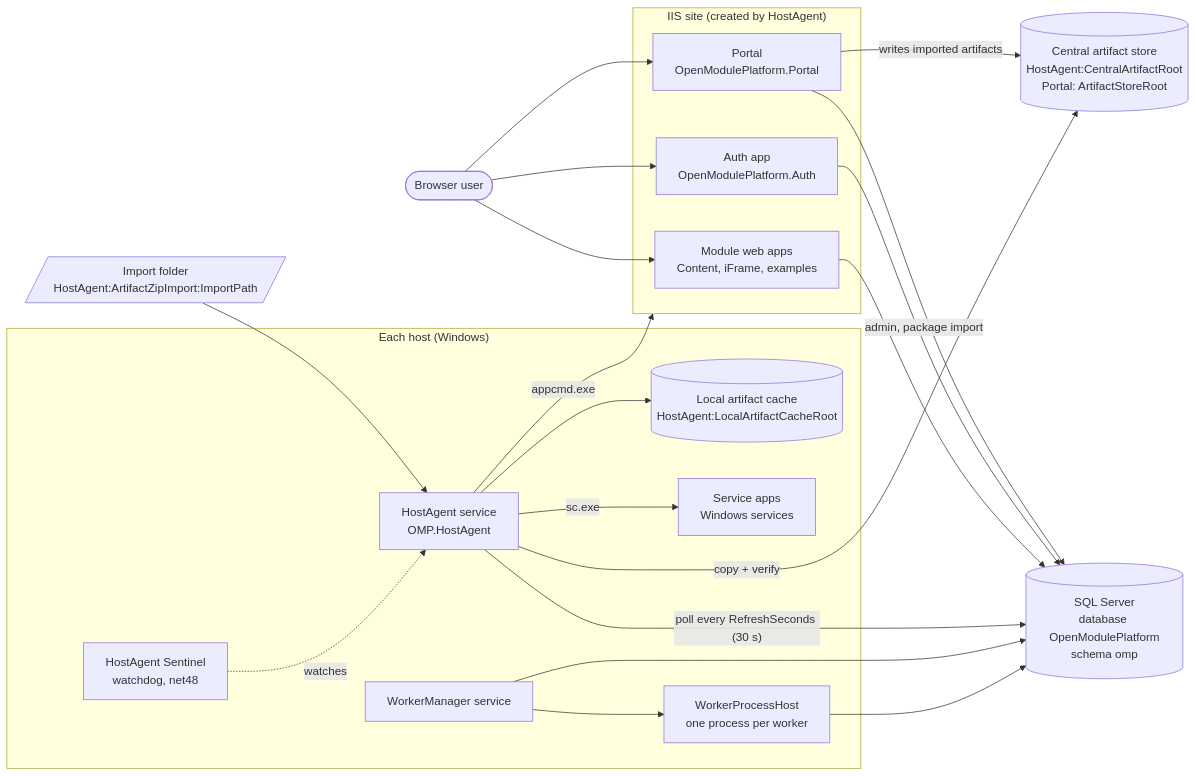
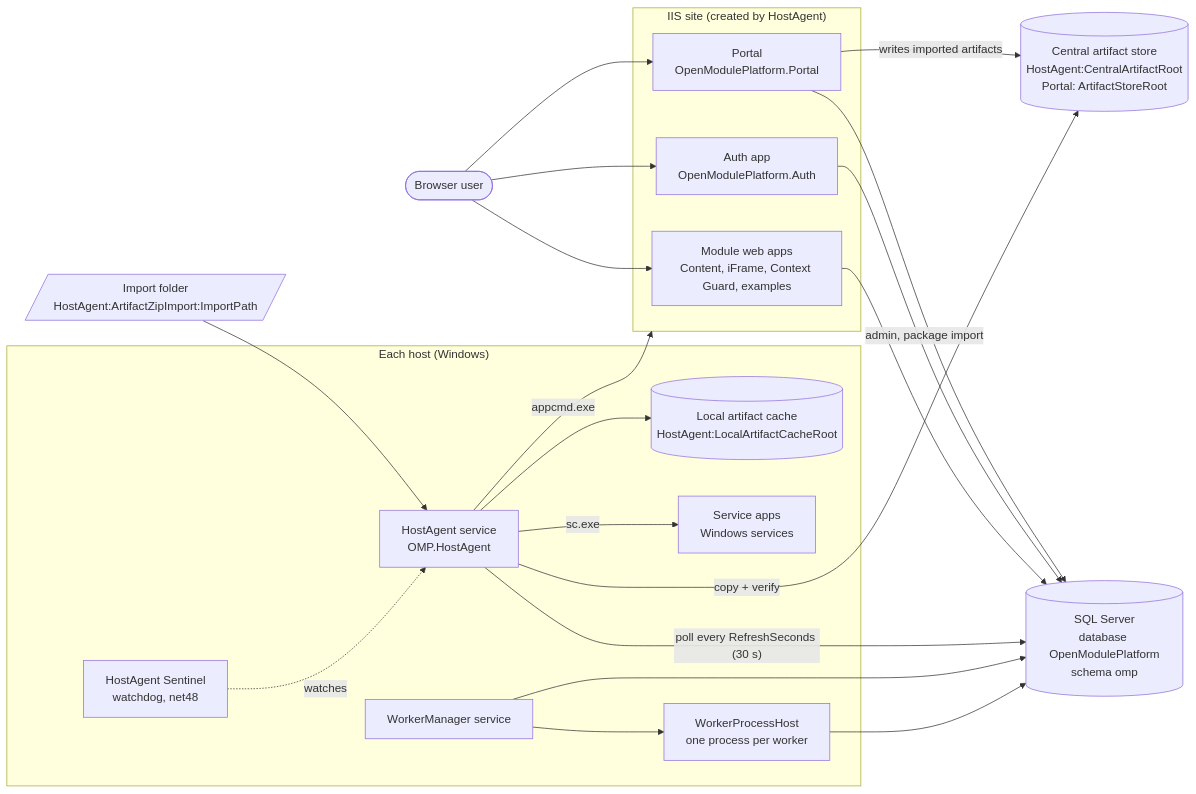
Before and after one commit to Optimal2/OpenModulePlatform: the first of 3 diagrams in README.md, drawn with Mermaid. The commit also changed other lines of this file and 37 other files, not shown here.

````diff
--- a/README.md
+++ b/README.md
@@ -66,42 +67,42 @@
 ```mermaid
 flowchart LR
     user([Browser user])
 
     subgraph iis["IIS site (created by HostAgent)"]
         portal["Portal<br/>OpenModulePlatform.Portal"]
         auth["Auth app<br/>OpenModulePlatform.Auth"]
-        webmods["Module web apps<br/>Content, iFrame, examples"]
+        webmods["Module web apps<br/>Content, iFrame, Context Guard, examples"]
     end
 
     subgraph host["Each host (Windows)"]
         agent["HostAgent service<br/>OMP.HostAgent"]
         sentinel["HostAgent Sentinel<br/>watchdog, net48"]
         cache[("Local artifact cache<br/>HostAgent:LocalArtifactCacheRoot")]
         svc["Service apps<br/>Windows services"]
         wm["WorkerManager service"]
         wph["WorkerProcessHost<br/>one process per worker"]
     end
 
     sql[("SQL Server<br/>database OpenModulePlatform<br/>schema omp")]
     store[("Central artifact store<br/>HostAgent:CentralArtifactRoot<br/>Portal: ArtifactStoreRoot")]
     importdir[/"Import folder<br/>HostAgent:ArtifactZipImport:ImportPath"/]
 
     user --> portal
     user --> auth
     user --> webmods
     portal -- "admin, package import" --> sql
     portal -- "writes imported artifacts" --> store
     auth --> sql
     webmods --> sql
 
     agent -- "poll every RefreshSeconds (30 s)" --> sql
     importdir --> agent
     agent -- "copy + verify" --> store
     agent --> cache
     agent -- "appcmd.exe" --> iis
     agent -- "sc.exe" --> svc
     sentinel -. "watches" .-> agent
     wm --> sql
     wm --> wph
     wph --> sql
 ```
````
